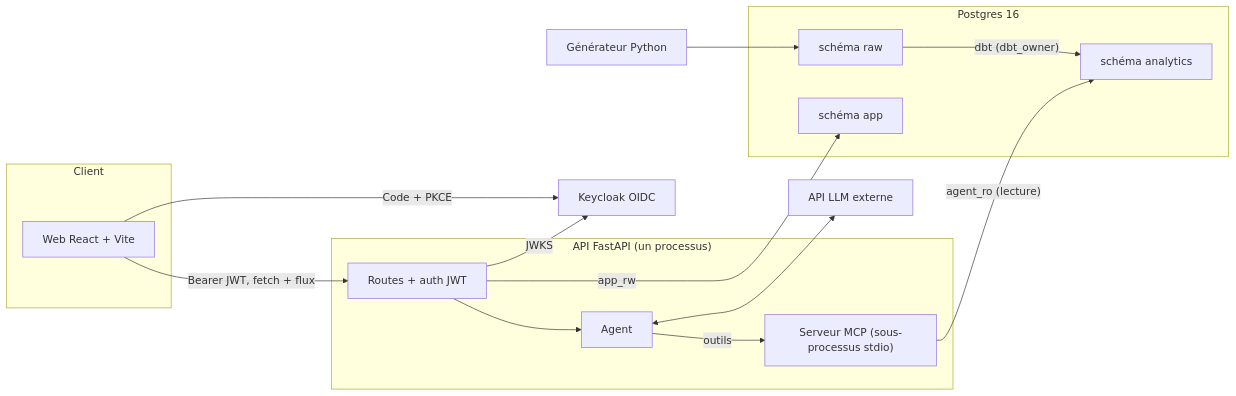
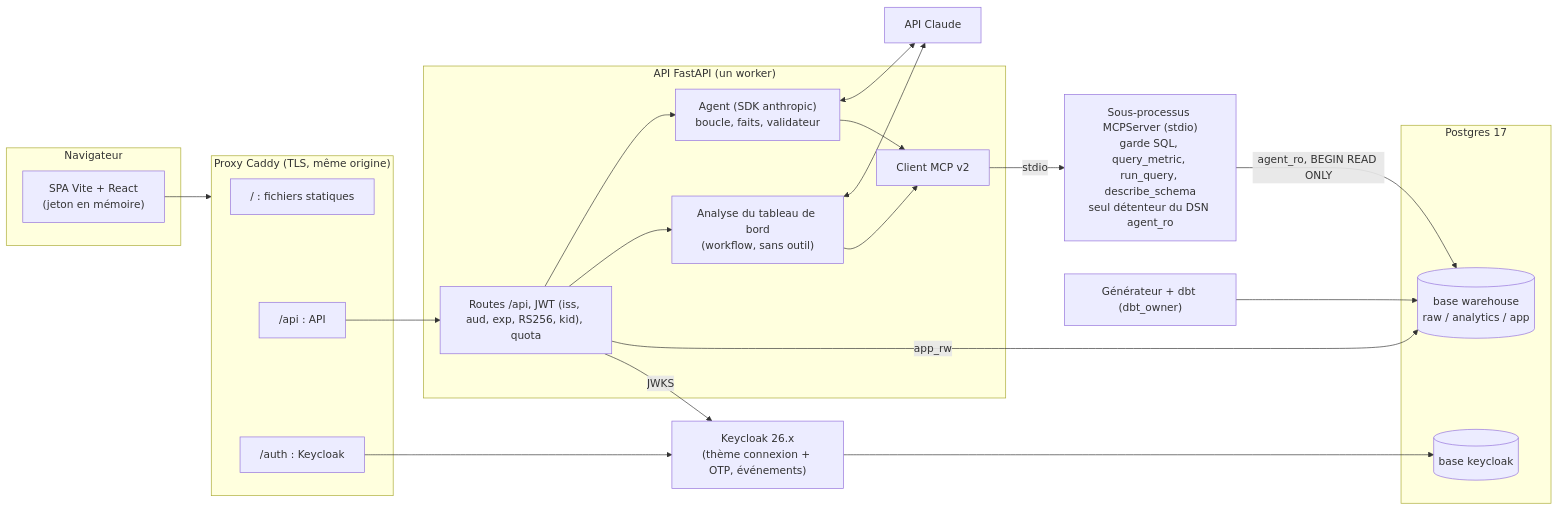
One commit to justefrank/decision-agent-IA changed the first of 13 diagrams in docs/DIAGRAMS.md. Above: the diagram before and after it, drawn with Mermaid. The commit also changed other lines of this file and 47 other files, not shown here.

First line of the commit message:
docs: passage en v5 (MVP, query_metric, citation par référence, évaluation sur le test seul, intégration Claude) et diagrammes re-rendus

````diff
--- a/docs/DIAGRAMS.md
+++ b/docs/DIAGRAMS.md
@@ -9,27 +37,40 @@
 ```mermaid
 flowchart LR
-  subgraph Client
-    UI["Web React + Vite"]
+  subgraph Navigateur
+    SPA["SPA Vite + React<br/>(jeton en mémoire)"]
   end
-  KC["Keycloak OIDC"]
-  subgraph API["API FastAPI (un processus)"]
-    R["Routes + auth JWT"]
-    AG["Agent"]
-    MCP["Serveur MCP (sous-processus stdio)"]
+  subgraph Edge["Proxy Caddy (TLS, même origine)"]
+    P1["/ : fichiers statiques"]
+    P2["/api : API"]
+    P3["/auth : Keycloak"]
   end
-  subgraph PG["Postgres 16"]
-    RAW["schéma raw"]
-    ANA["schéma analytics"]
-    APP["schéma app"]
+  KC["Keycloak 26.x<br/>(thème connexion + OTP, événements)"]
+  subgraph API["API FastAPI (un worker)"]
+    R["Routes /api, JWT (iss, aud, exp, RS256, kid), quota"]
+    AG["Agent (SDK anthropic)<br/>boucle, faits, validateur"]
+    AN["Analyse du tableau de bord<br/>(workflow, sans outil)"]
+    MC["Client MCP v2"]
   end
-  GEN["Générateur Python"] --> RAW
-  RAW -- "dbt (dbt_owner)" --> ANA
-  UI -- "Code + PKCE" --> KC
-  UI -- "Bearer JWT, fetch + flux" --> R
+  MCP["Sous-processus MCPServer (stdio)<br/>garde SQL, query_metric, run_query, describe_schema<br/>seul détenteur du DSN agent_ro"]
+  subgraph PG["Postgres 17"]
+    W[("base warehouse<br/>raw / analytics / app")]
+    K[("base keycloak")]
+  end
+  LLM["API Claude"]
+  GEN["Générateur + dbt (dbt_owner)"]
+  SPA --> Edge
+  P3 --> KC
+  P2 --> R
+  R --> AG
+  R --> AN
+  AG <--> LLM
+  AN <--> LLM
+  AG --> MC
+  AN --> MC
+  MC -- stdio --> MCP
+  MCP -- "agent_ro, BEGIN READ ONLY" --> W
+  R -- "app_rw" --> W
   R -- JWKS --> KC
-  R --> AG
-  AG -- outils --> MCP
-  MCP -- "agent_ro (lecture)" --> ANA
-  R -- "app_rw" --> APP
-  AG <--> LLM["API LLM externe"]
+  KC --> K
+  GEN --> W
 ```
````
